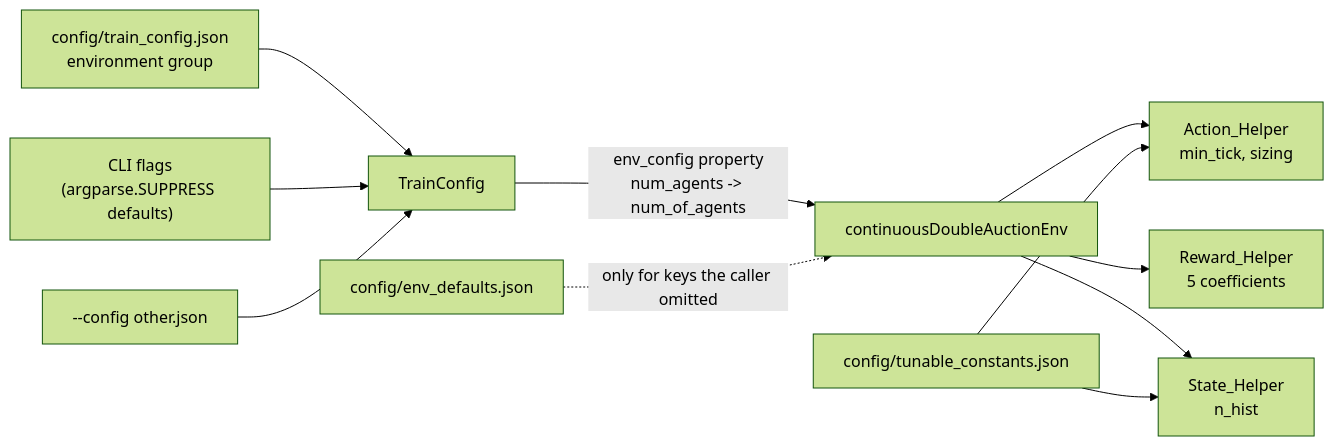
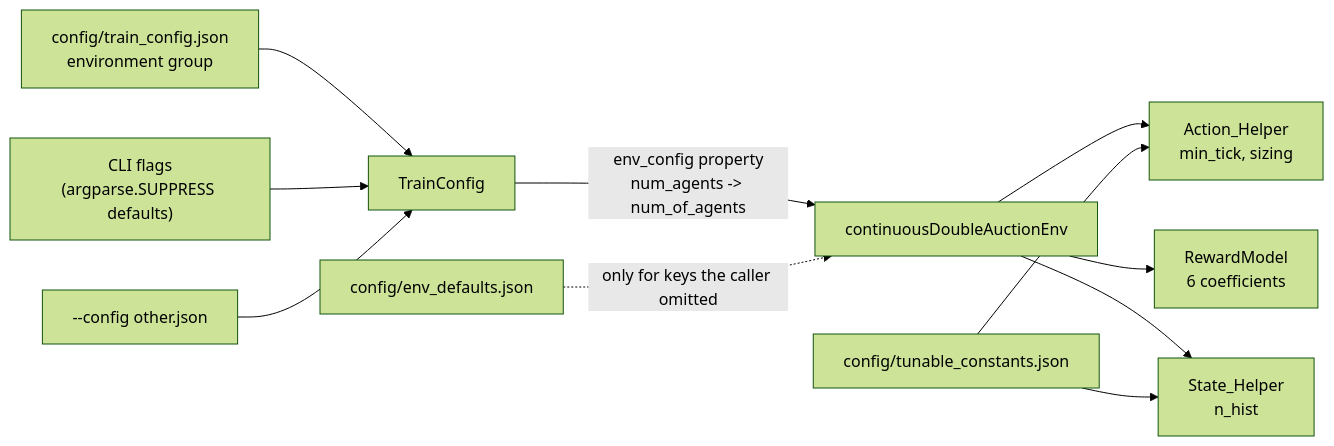
The fifth of 7 diagrams in doc/02_architecture.md (ChuaCheowHuan/gym-continuousDoubleAuction), drawn with Mermaid (forest theme) before and after one commit. The commit also changed other lines of this file and 11 other files, not shown here.

````diff
--- a/doc/02_architecture.md
+++ b/doc/02_architecture.md
@@ -523,13 +554,13 @@
 ```mermaid
 flowchart LR
     TC["config/train_config.json<br/>environment group"] --> TCFG["TrainConfig"]
     CLI["CLI flags<br/>(argparse.SUPPRESS defaults)"] --> TCFG
     ALT["--config other.json"] --> TCFG
     TCFG -->|"env_config property<br/>num_agents -> num_of_agents"| ENV["continuousDoubleAuctionEnv"]
     ED["config/env_defaults.json"] -.->|"only for keys the caller omitted"| ENV
     ENV --> AH["Action_Helper<br/>min_tick, sizing"]
-    ENV --> RH["Reward_Helper<br/>5 coefficients"]
+    ENV --> RH["RewardModel<br/>6 coefficients"]
     ENV --> SH["State_Helper<br/>n_hist"]
     TK["config/tunable_constants.json"] --> SH
     TK --> AH
 ```
````
